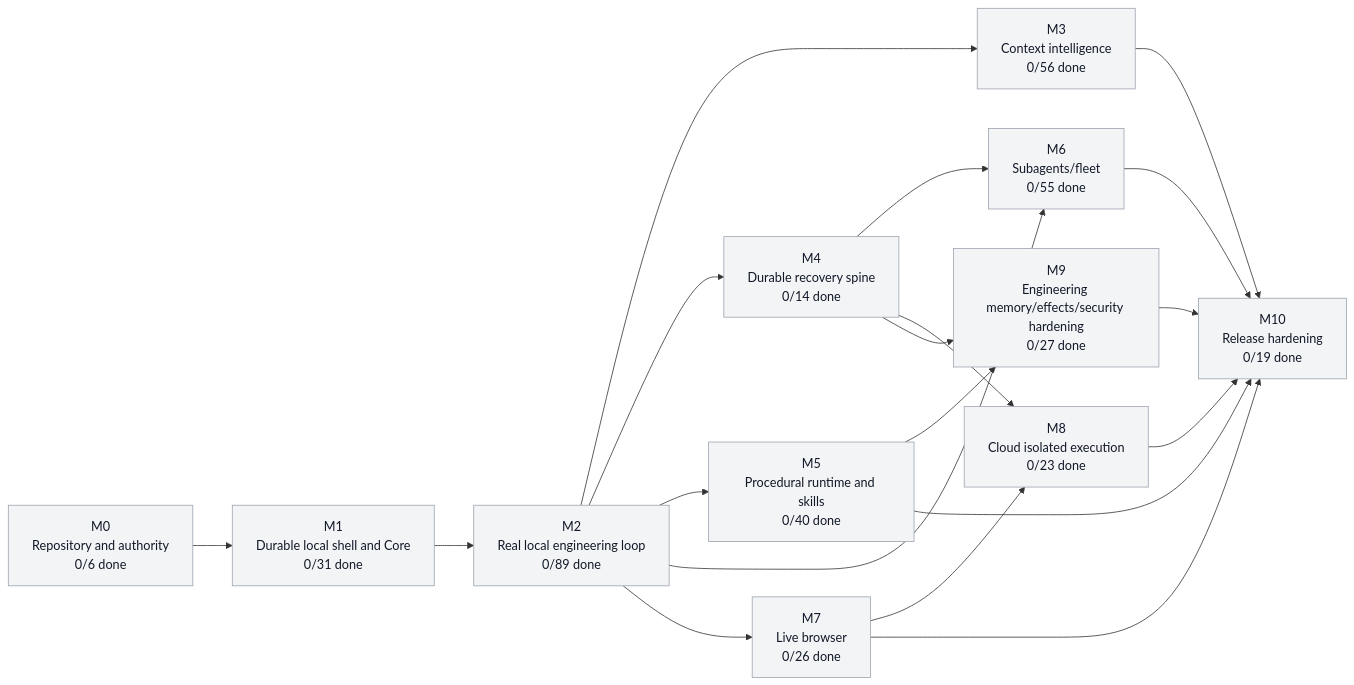
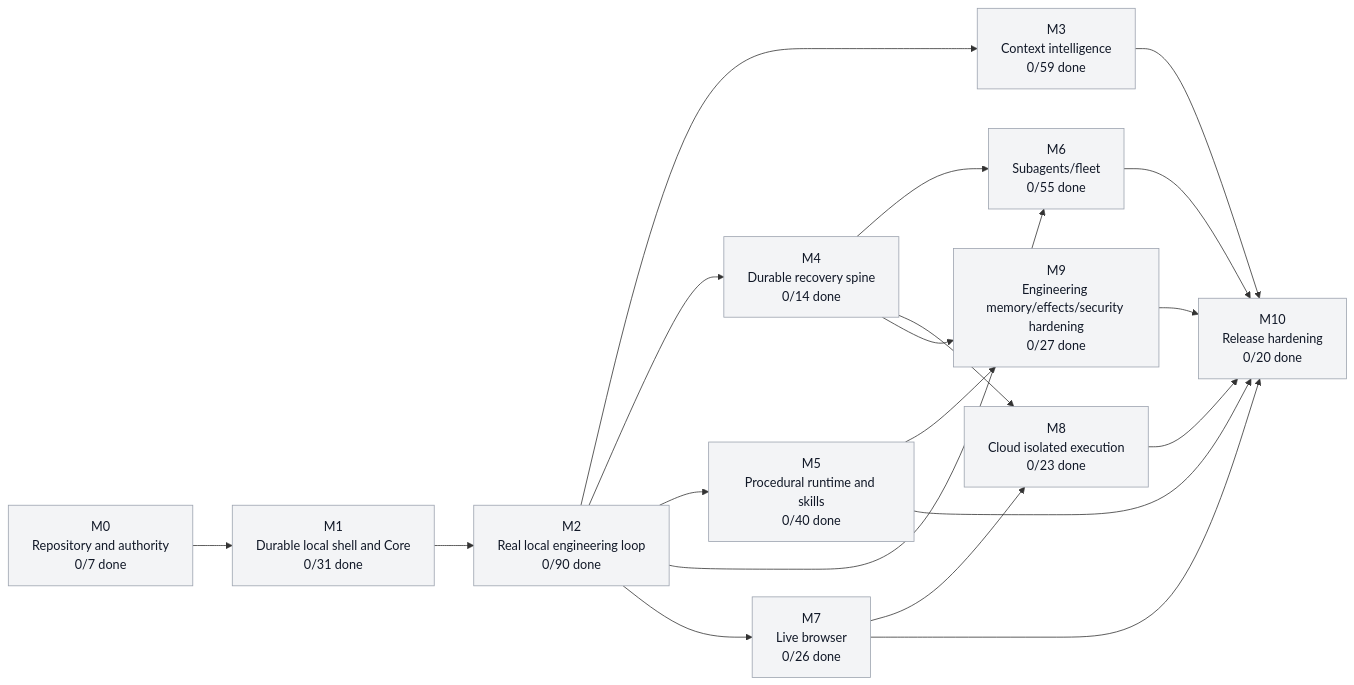
One commit to moss101/modbit changed the first of 5 diagrams in graph/PROJECT_GRAPH.md. Above: the diagram before and after it, drawn with Mermaid. The commit also changed other lines of this file and 22 other files, not shown here.

````diff
--- a/graph/PROJECT_GRAPH.md
+++ b/graph/PROJECT_GRAPH.md
@@ -57,43 +57,43 @@
 ```mermaid
 flowchart LR
-  M0["M0<br/>Repository and authority<br/>0/6 done"]
+  M0["M0<br/>Repository and authority<br/>0/7 done"]
   M1["M1<br/>Durable local shell and Core<br/>0/31 done"]
-  M2["M2<br/>Real local engineering loop<br/>0/89 done"]
-  M3["M3<br/>Context intelligence<br/>0/56 done"]
+  M2["M2<br/>Real local engineering loop<br/>0/90 done"]
+  M3["M3<br/>Context intelligence<br/>0/59 done"]
   M4["M4<br/>Durable recovery spine<br/>0/14 done"]
   M5["M5<br/>Procedural runtime and skills<br/>0/40 done"]
   M6["M6<br/>Subagents/fleet<br/>0/55 done"]
   M7["M7<br/>Live browser<br/>0/26 done"]
   M8["M8<br/>Cloud isolated execution<br/>0/23 done"]
   M9["M9<br/>Engineering memory/effects/security hardening<br/>0/27 done"]
-  M10["M10<br/>Release hardening<br/>0/19 done"]
+  M10["M10<br/>Release hardening<br/>0/20 done"]
   M0 --> M1
   M1 --> M2
   M2 --> M3
   M2 --> M4
   M2 --> M5
   M2 --> M6
   M4 --> M6
   M2 --> M7
   M4 --> M8
   M7 --> M8
   M4 --> M9
   M5 --> M9
   M3 --> M10
   M5 --> M10
   M6 --> M10
   M7 --> M10
   M8 --> M10
   M9 --> M10
   style M0 fill:#f3f4f6,stroke:#9ca3af,color:#111827
   style M1 fill:#f3f4f6,stroke:#9ca3af,color:#111827
   style M2 fill:#f3f4f6,stroke:#9ca3af,color:#111827
   style M3 fill:#f3f4f6,stroke:#9ca3af,color:#111827
   style M4 fill:#f3f4f6,stroke:#9ca3af,color:#111827
   style M5 fill:#f3f4f6,stroke:#9ca3af,color:#111827
   style M6 fill:#f3f4f6,stroke:#9ca3af,color:#111827
   style M7 fill:#f3f4f6,stroke:#9ca3af,color:#111827
   style M8 fill:#f3f4f6,stroke:#9ca3af,color:#111827
   style M9 fill:#f3f4f6,stroke:#9ca3af,color:#111827
   style M10 fill:#f3f4f6,stroke:#9ca3af,color:#111827
 ```
````
